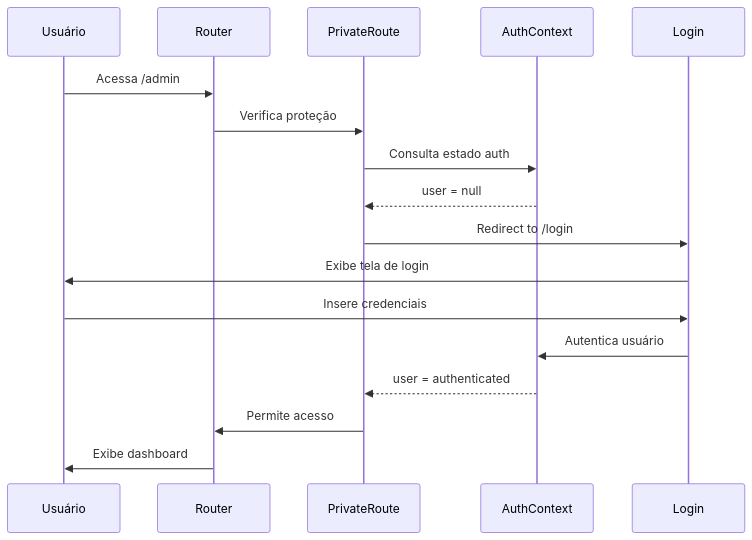
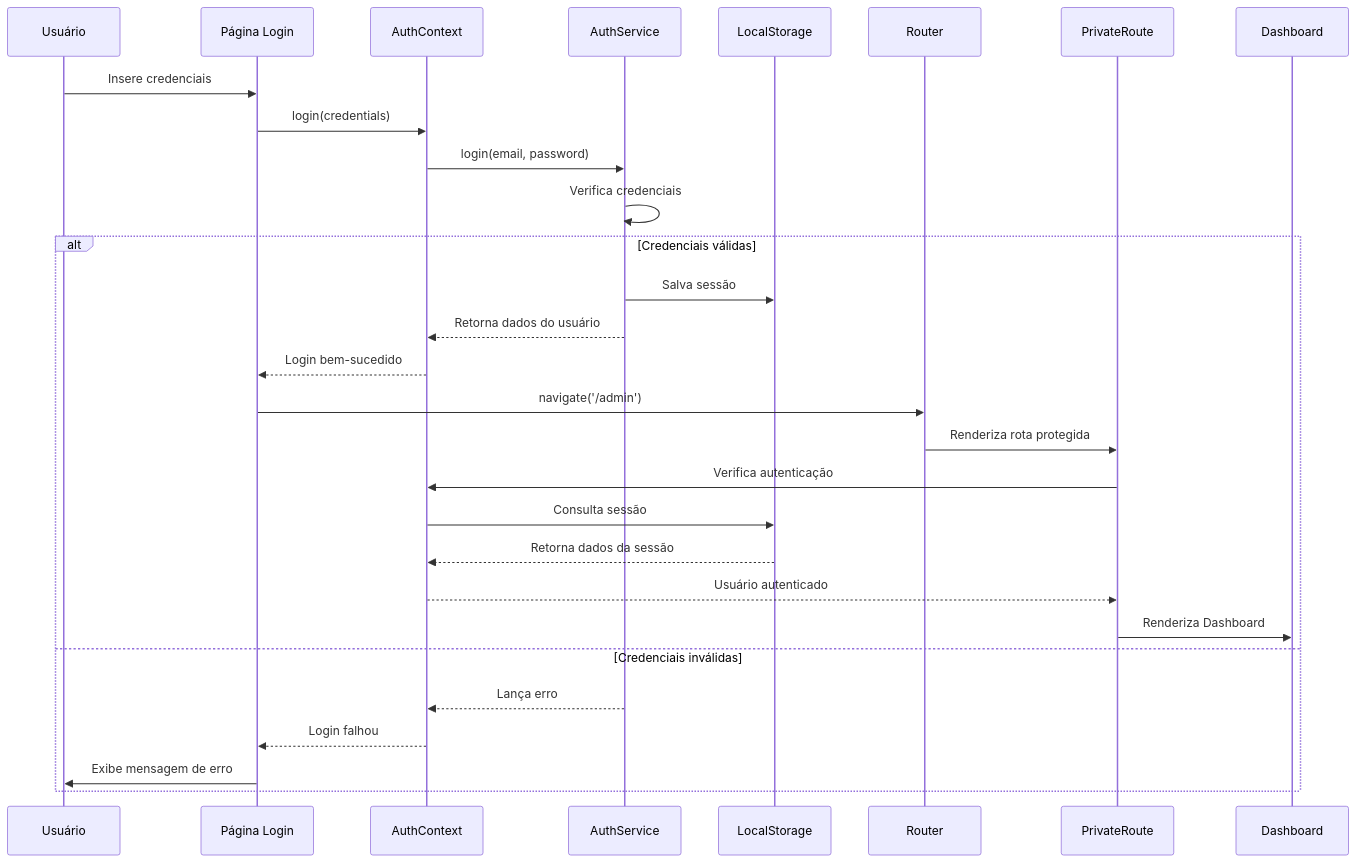
The second of 2 diagrams in SISTEMA_ROTAS.md (cold-tech/documentacao), drawn with Mermaid before and after one commit. The commit also changed other lines of this file, not shown here.

````diff
--- a/SISTEMA_ROTAS.md
+++ b/SISTEMA_ROTAS.md
@@ -97,20 +299,33 @@
 ```mermaid
 sequenceDiagram
     participant U as Usuário
+    participant L as Página Login
+    participant A as AuthContext
+    participant S as AuthService
+    participant LS as LocalStorage
     participant R as Router
     participant P as PrivateRoute
-    participant A as AuthContext
-    participant L as Login
+    participant D as Dashboard
     
-    U->>R: Acessa /admin
-    R->>P: Verifica proteção
-    P->>A: Consulta estado auth
-    A-->>P: user = null
-    P->>L: Redirect to /login
-    L->>U: Exibe tela de login
     U->>L: Insere credenciais
-    L->>A: Autentica usuário
-    A-->>P: user = authenticated
-    P->>R: Permite acesso
-    R->>U: Exibe dashboard
+    L->>A: login(credentials)
+    A->>S: login(email, password)
+    S->>S: Verifica credenciais
+    
+    alt Credenciais válidas
+        S->>LS: Salva sessão
+        S-->>A: Retorna dados do usuário
+        A-->>L: Login bem-sucedido
+        L->>R: navigate('/admin')
+        R->>P: Renderiza rota protegida
+        P->>A: Verifica autenticação
+        A->>LS: Consulta sessão
+        LS-->>A: Retorna dados da sessão
+        A-->>P: Usuário autenticado
+        P->>D: Renderiza Dashboard
+    else Credenciais inválidas
+        S-->>A: Lança erro
+        A-->>L: Login falhou
+        L->>U: Exibe mensagem de erro
+    end
 ```
````
